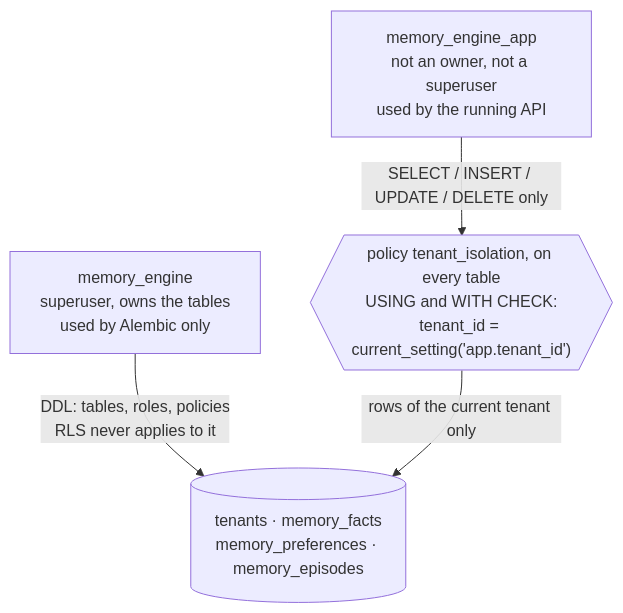
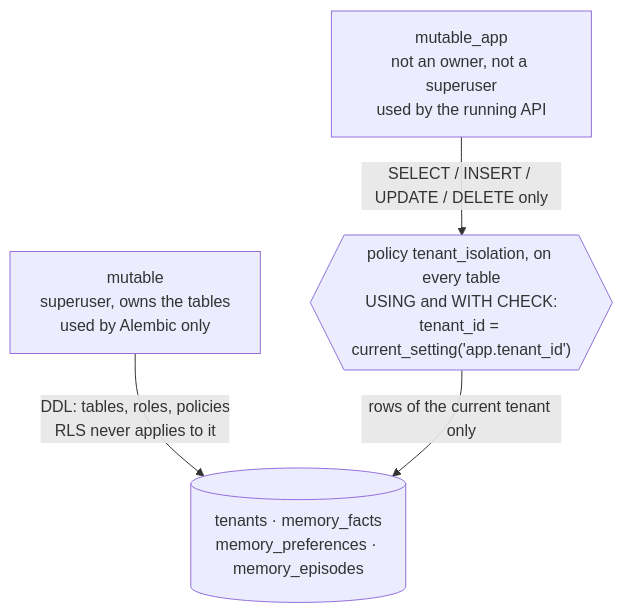
Before and after one commit to ZiadHendawy/mutable: the third of 10 diagrams in README.md, drawn with Mermaid. The commit also changed other lines of this file and 16 other files, not shown here.

````diff
--- a/README.md
+++ b/README.md
@@ -163,11 +163,11 @@
 ```mermaid
 flowchart TB
-    admin["memory_engine<br/>superuser, owns the tables<br/>used by Alembic only"]
-    app["memory_engine_app<br/>not an owner, not a superuser<br/>used by the running API"]
+    admin["mutable<br/>superuser, owns the tables<br/>used by Alembic only"]
+    app["mutable_app<br/>not an owner, not a superuser<br/>used by the running API"]
     policy{{"policy tenant_isolation, on every table<br/>USING and WITH CHECK:<br/>tenant_id = current_setting('app.tenant_id')"}}
     tables[("tenants · memory_facts<br/>memory_preferences · memory_episodes")]
 
     admin -- "DDL: tables, roles, policies<br/>RLS never applies to it" --> tables
     app -- "SELECT / INSERT / UPDATE / DELETE only" --> policy
     policy -- "rows of the current tenant only" --> tables
 ```
````
